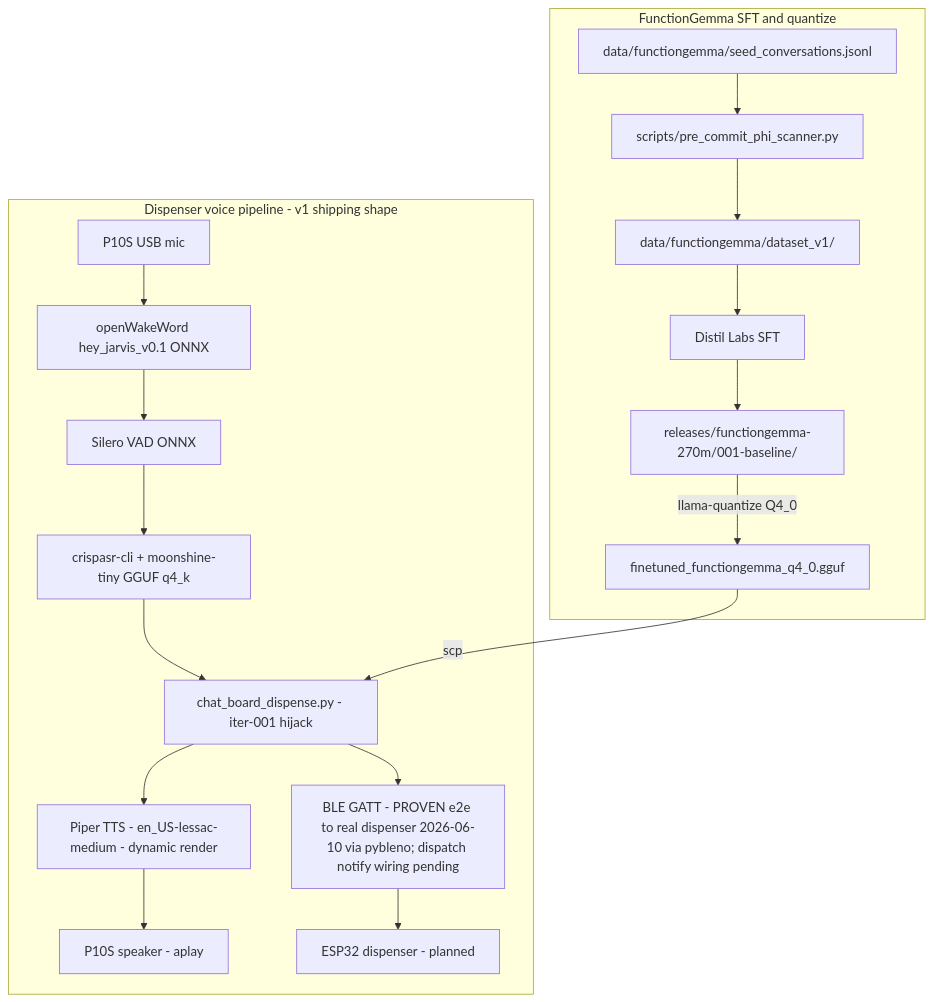
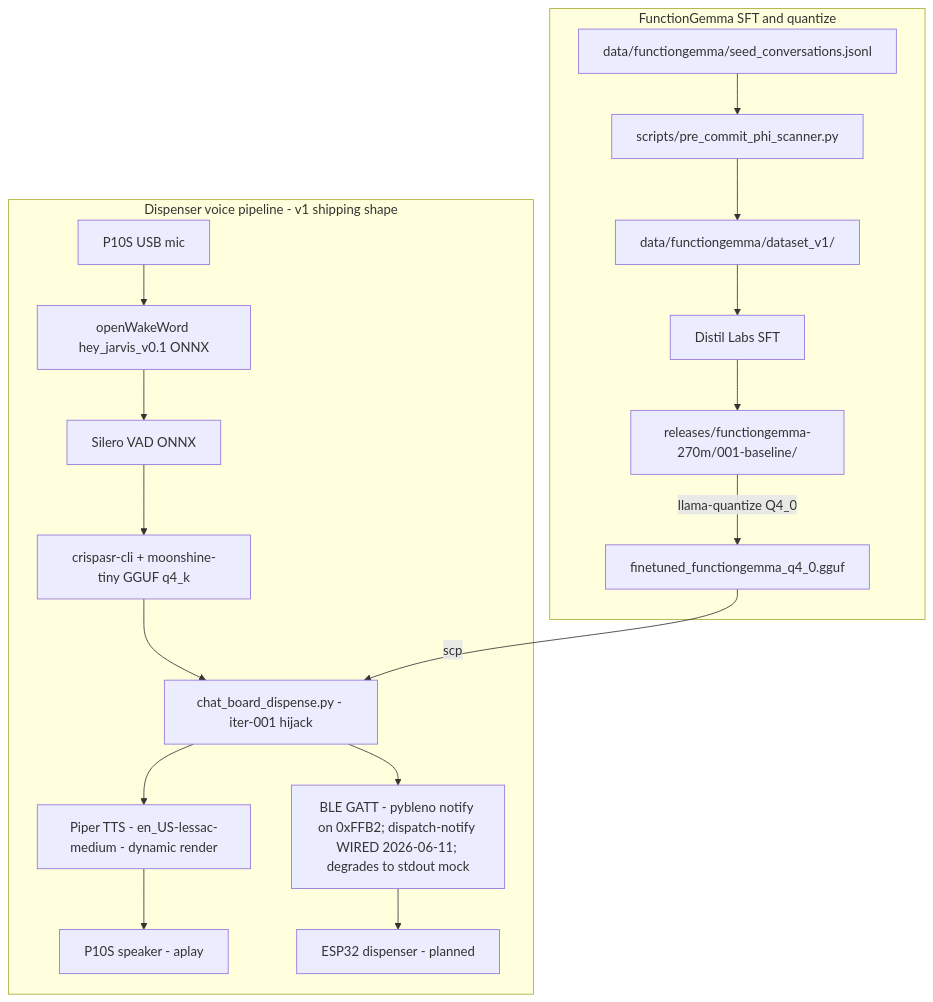
Before and after one commit to lanhp-vn/SL2619-EdgeAI-FunctionGemma-270M-int4-health-tools: the first of 2 diagrams in CLAUDE.md, drawn with Mermaid. The commit also changed other lines of this file and 1 other file, not shown here.

First line of the commit message:
docs: refresh CLAUDE.md + README.md for wired BLE dispatch-notify

````diff
--- a/CLAUDE.md
+++ b/CLAUDE.md
@@ -24,28 +24,28 @@
 ```mermaid
 flowchart TB
     subgraph FG[FunctionGemma SFT and quantize]
         SEEDS[data/functiongemma/seed_conversations.jsonl]
         PHI[scripts/pre_commit_phi_scanner.py]
         SPLITS[data/functiongemma/dataset_v1/]
         DISTIL[Distil Labs SFT]
         REL[releases/functiongemma-270m/001-baseline/]
         GGUF[finetuned_functiongemma_q4_0.gguf]
         SEEDS --> PHI --> SPLITS --> DISTIL --> REL
         REL -- llama-quantize Q4_0 --> GGUF
     end
     subgraph DD[Dispenser voice pipeline - v1 shipping shape]
         MIC[P10S USB mic]
         WAKE[openWakeWord hey_jarvis_v0.1 ONNX]
         VAD[Silero VAD ONNX]
         STT[crispasr-cli + moonshine-tiny GGUF q4_k]
         BRAIN[chat_board_dispense.py - iter-001 hijack]
         TTS[Piper TTS - en_US-lessac-medium - dynamic render]
         SPK[P10S speaker - aplay]
-        BLE[BLE GATT - PROVEN e2e to real dispenser 2026-06-10 via pybleno; dispatch notify wiring pending]
+        BLE[BLE GATT - pybleno notify on 0xFFB2; dispatch-notify WIRED 2026-06-11; degrades to stdout mock]
         ESP[ESP32 dispenser - planned]
         MIC --> WAKE --> VAD --> STT --> BRAIN
         BRAIN --> TTS --> SPK
         BRAIN --> BLE --> ESP
     end
     GGUF -- scp --> BRAIN
 ```
````
